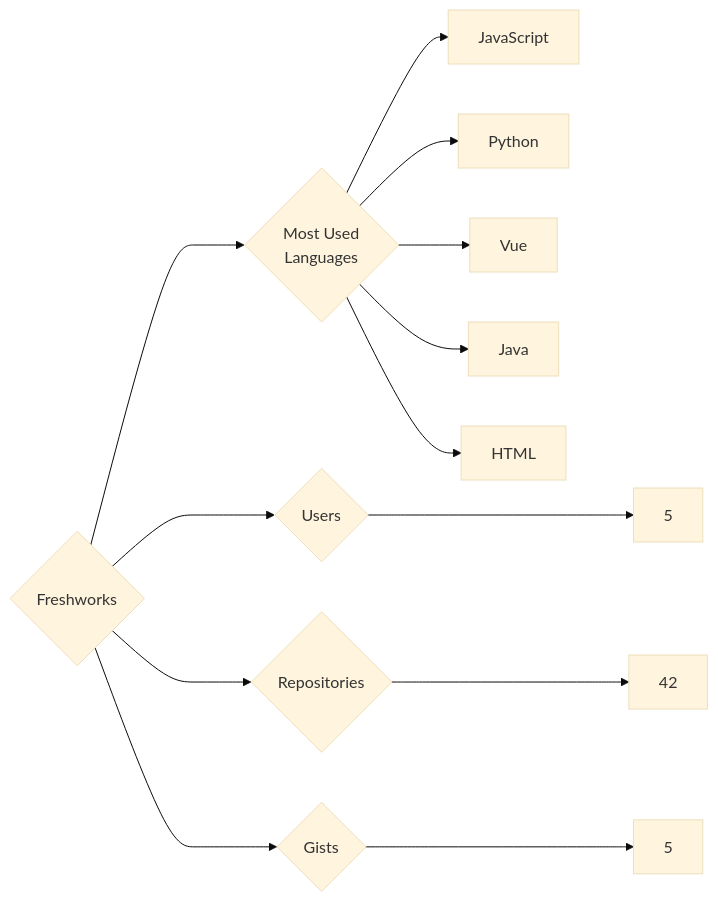
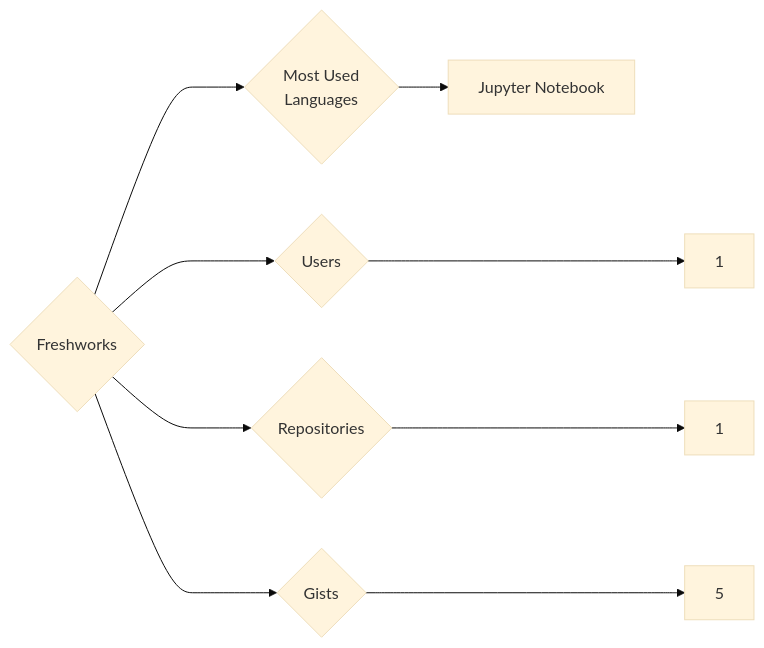
One commit to trickest/insiders changed the diagram in targets/Freshworks/README.md. Above: the diagram before and after it, drawn with Mermaid (base theme). The commit also changed 776 other files, not shown here.

````diff
--- a/targets/Freshworks/README.md
+++ b/targets/Freshworks/README.md
@@ -3,13 +3,9 @@
 ```mermaid
 graph LR
 COMPANY_NAME{Freshworks}
-COMPANY_NAME ---> U{Users} ---> UN[5]
-COMPANY_NAME ---> R{Repositories} ---> RN[42]
+COMPANY_NAME ---> U{Users} ---> UN[1]
+COMPANY_NAME ---> R{Repositories} ---> RN[1]
 COMPANY_NAME ---> G{Gists} ---> GN[5]
 COMPANY_NAME ---> ML{Most Used<br>Languages}
-ML --> JavaScript[JavaScript]
-ML --> Python[Python]
-ML --> Vue[Vue]
-ML --> Java[Java]
-ML --> HTML[HTML]
+ML --> Jupyter_Notebook[Jupyter Notebook]
 ```
````
